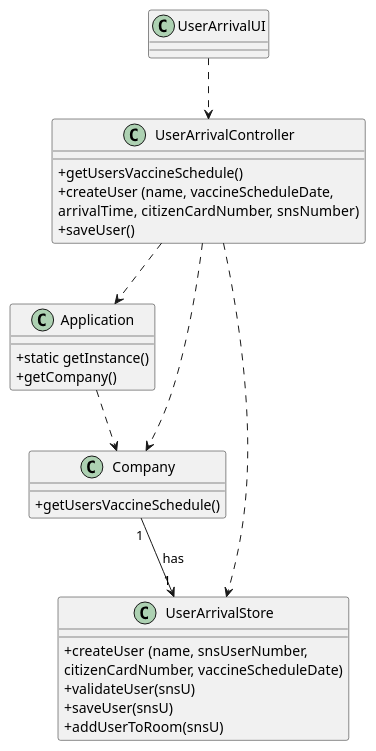
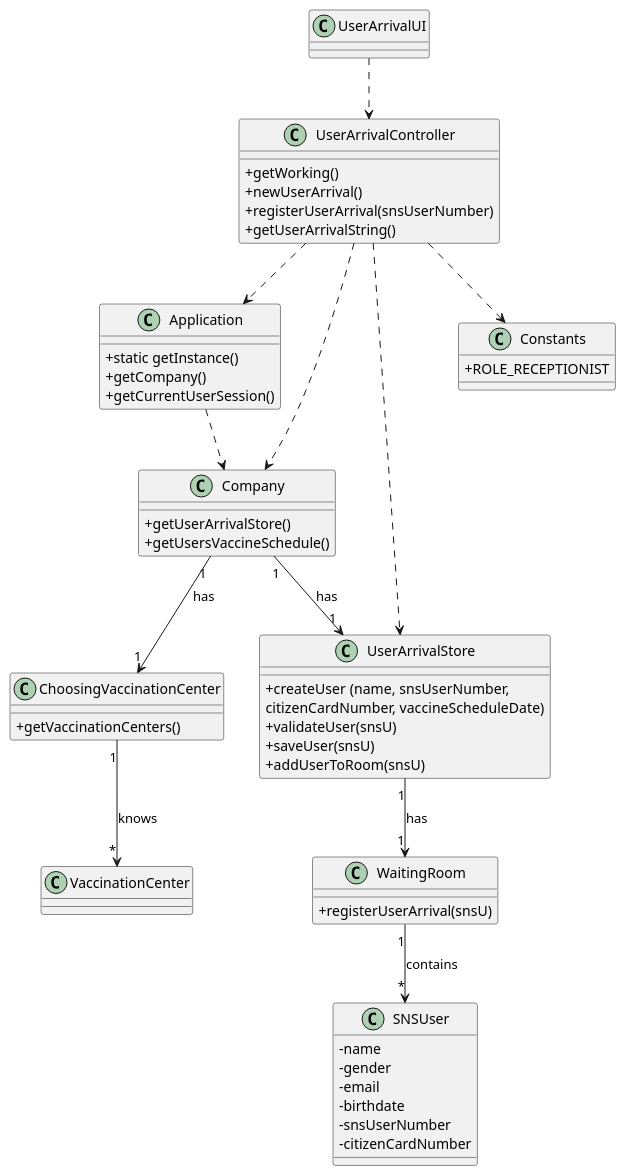
The diagram in docs/SprintC/US4/US4_CD.puml (diogonapoles/isep-lapr2), drawn with PlantUML before and after one commit. The commit also changed 13 other files, not shown here.

```diff
--- a/docs/SprintC/US4/US4_CD.puml
+++ b/docs/SprintC/US4/US4_CD.puml
@@ -1,46 +1,77 @@
 @startuml
 skinparam classAttributeIconSize 0
 
 class Application {
   +static getInstance()
   +getCompany()
+  +getCurrentUserSession()
 
 }
 
 class UserArrivalStore {
 +createUser (name, snsUserNumber, \ncitizenCardNumber, vaccineScheduleDate)
 +validateUser(snsU)
 +saveUser(snsU)
 +addUserToRoom(snsU)
 }
 
 
 class Company {
++getUserArrivalStore()
 +getUsersVaccineSchedule()
 
+}
+
+class SNSUser{
+-name
+-gender
+-email
+-birthdate
+-snsUserNumber
+-citizenCardNumber
+}
+
+class WaitingRoom{
++registerUserArrival(snsU)
+}
+
+
+class Constants{
++ROLE_RECEPTIONIST
+}
+
+class ChoosingVaccinationCenter{
++getVaccinationCenters()
 }
 
 
 
 class UserArrivalController {
-+getUsersVaccineSchedule()
-+createUser (name, vaccineScheduleDate, \narrivalTime,  citizenCardNumber, snsNumber)
-+saveUser()
++getWorking()
++newUserArrival()
++registerUserArrival(snsUserNumber)
++getUserArrivalString()
+
 }
 
 class UserArrivalUI {
 
 }
 
 
 UserArrivalUI ..> UserArrivalController
 UserArrivalController ..> Company
+UserArrivalController ..> Constants
+UserArrivalStore "1"-->"1" WaitingRoom:has
+WaitingRoom "1"-->"*" SNSUser: contains
 UserArrivalController ..> Application
 Application ..> Company
+Company "1"-->"1" ChoosingVaccinationCenter: has
+ChoosingVaccinationCenter "1"-->"*"VaccinationCenter :knows
 UserArrivalController ..> UserArrivalStore
 Company "1" --> "1" UserArrivalStore : has
 
 
 
 
 @enduml
```
